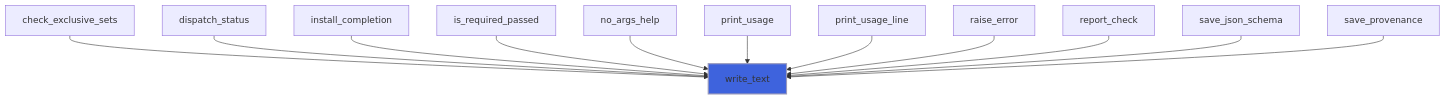
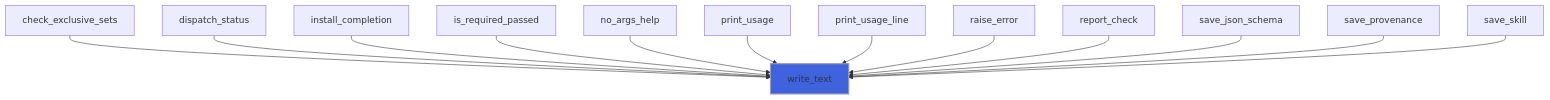
Before and after one commit to szaghi/FLAP: the eighth of 26 diagrams in docs/api/src/lib/flap_utils_m.md, drawn with Mermaid. The commit also changed other lines of this file and 10 other files, not shown here.

First line of the commit message:
feat(cli): save_skill

````diff
--- a/docs/api/src/lib/flap_utils_m.md
+++ b/docs/api/src/lib/flap_utils_m.md
@@ -304,15 +305,16 @@
 ```mermaid
 flowchart TD
   check_exclusive_sets["check_exclusive_sets"] --> write_text["write_text"]
   dispatch_status["dispatch_status"] --> write_text["write_text"]
   install_completion["install_completion"] --> write_text["write_text"]
   is_required_passed["is_required_passed"] --> write_text["write_text"]
   no_args_help["no_args_help"] --> write_text["write_text"]
   print_usage["print_usage"] --> write_text["write_text"]
   print_usage_line["print_usage_line"] --> write_text["write_text"]
   raise_error["raise_error"] --> write_text["write_text"]
   report_check["report_check"] --> write_text["write_text"]
   save_json_schema["save_json_schema"] --> write_text["write_text"]
   save_provenance["save_provenance"] --> write_text["write_text"]
+  save_skill["save_skill"] --> write_text["write_text"]
   style write_text fill:#3e63dd,stroke:#99b,stroke-width:2px
 ```
````
